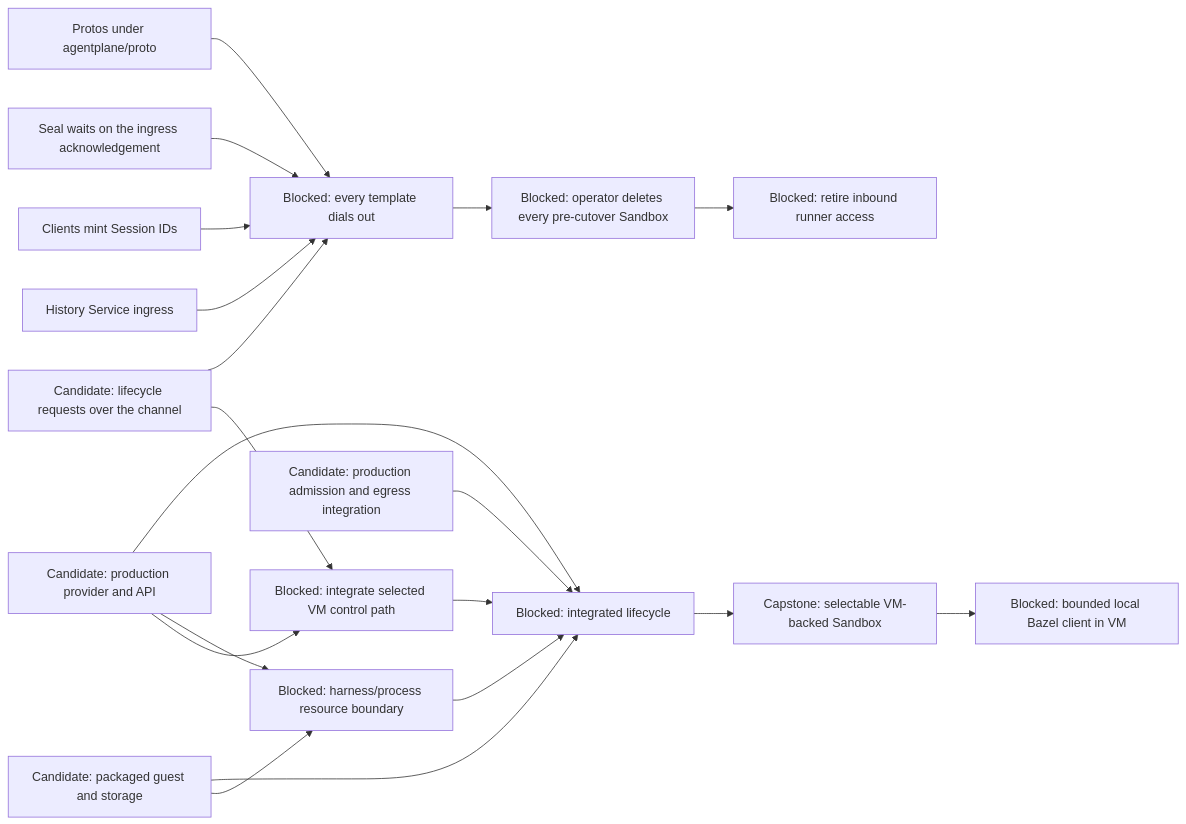
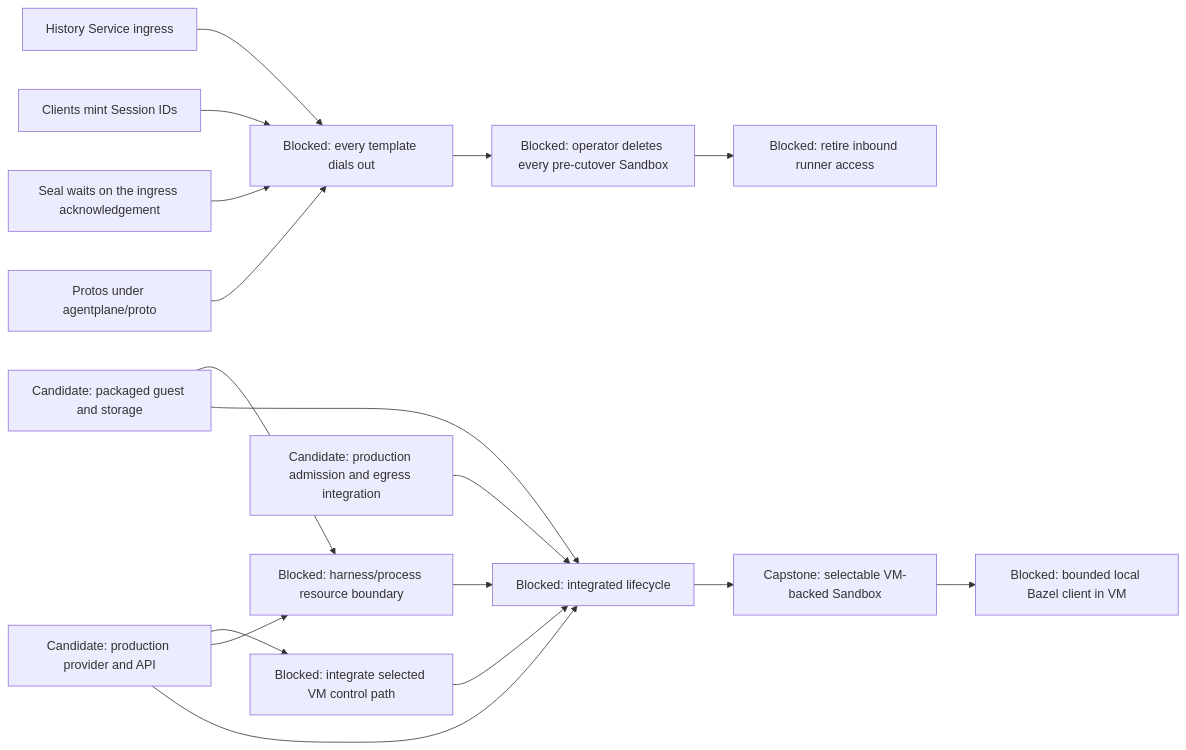
One commit to agentydragon-agent/ducktape changed the sixth of 12 diagrams in agentplane/plans/task_dag.md. Above: the diagram before and after it, drawn with Mermaid. The commit also changed other lines of this file and 23 other files, not shown here.

````diff
--- a/agentplane/plans/task_dag.md
+++ b/agentplane/plans/task_dag.md
@@ -325,29 +334,26 @@
 ```mermaid
 flowchart LR
-    RUNNER_OUTBOUND_LIFECYCLE[Candidate: lifecycle requests over the channel]
     RUNNER_OUTBOUND_ROLLOUT[Blocked: every template dials out]
     VM_CONTROL_NETWORKING[Blocked: integrate selected VM control path]
     VM_IMAGE[Candidate: packaged guest and storage]
     VM_PROVIDER[Candidate: production provider and API]
     VM_EGRESS[Candidate: production admission and egress integration]
     VM_PROCESS_ISOLATION[Blocked: harness/process resource boundary]
     VM_LIFECYCLE[Blocked: integrated lifecycle]
-    RUNNER_OUTBOUND_LIFECYCLE --> VM_CONTROL_NETWORKING
     HISTORY_INGRESS[History Service ingress] --> RUNNER_OUTBOUND_ROLLOUT
     CLIENT_SESSION_IDS[Clients mint Session IDs] --> RUNNER_OUTBOUND_ROLLOUT
     SEAL_ON_INGRESS_ACK[Seal waits on the ingress acknowledgement] --> RUNNER_OUTBOUND_ROLLOUT
-    RUNNER_OUTBOUND_LIFECYCLE --> RUNNER_OUTBOUND_ROLLOUT
     PROTO_DIRECTORY[Protos under agentplane/proto] --> RUNNER_OUTBOUND_ROLLOUT
     RUNNER_OUTBOUND_ROLLOUT --> LEGACY_SANDBOX_RETIRE[Blocked: operator deletes every pre-cutover Sandbox]
     LEGACY_SANDBOX_RETIRE --> RUNNER_INBOUND_RETIRE[Blocked: retire inbound runner access]
     VM_PROVIDER --> VM_CONTROL_NETWORKING
     VM_CONTROL_NETWORKING --> VM_LIFECYCLE
     VM_IMAGE --> VM_PROCESS_ISOLATION
     VM_PROVIDER --> VM_PROCESS_ISOLATION
     VM_IMAGE --> VM_LIFECYCLE
     VM_PROVIDER --> VM_LIFECYCLE
     VM_EGRESS --> VM_LIFECYCLE
     VM_PROCESS_ISOLATION --> VM_LIFECYCLE
     VM_LIFECYCLE --> SANDBOX_VM_ISOLATION[Capstone: selectable VM-backed Sandbox]
     SANDBOX_VM_ISOLATION --> LOCAL_BAZEL[Blocked: bounded local Bazel client in VM]
 ```
````
